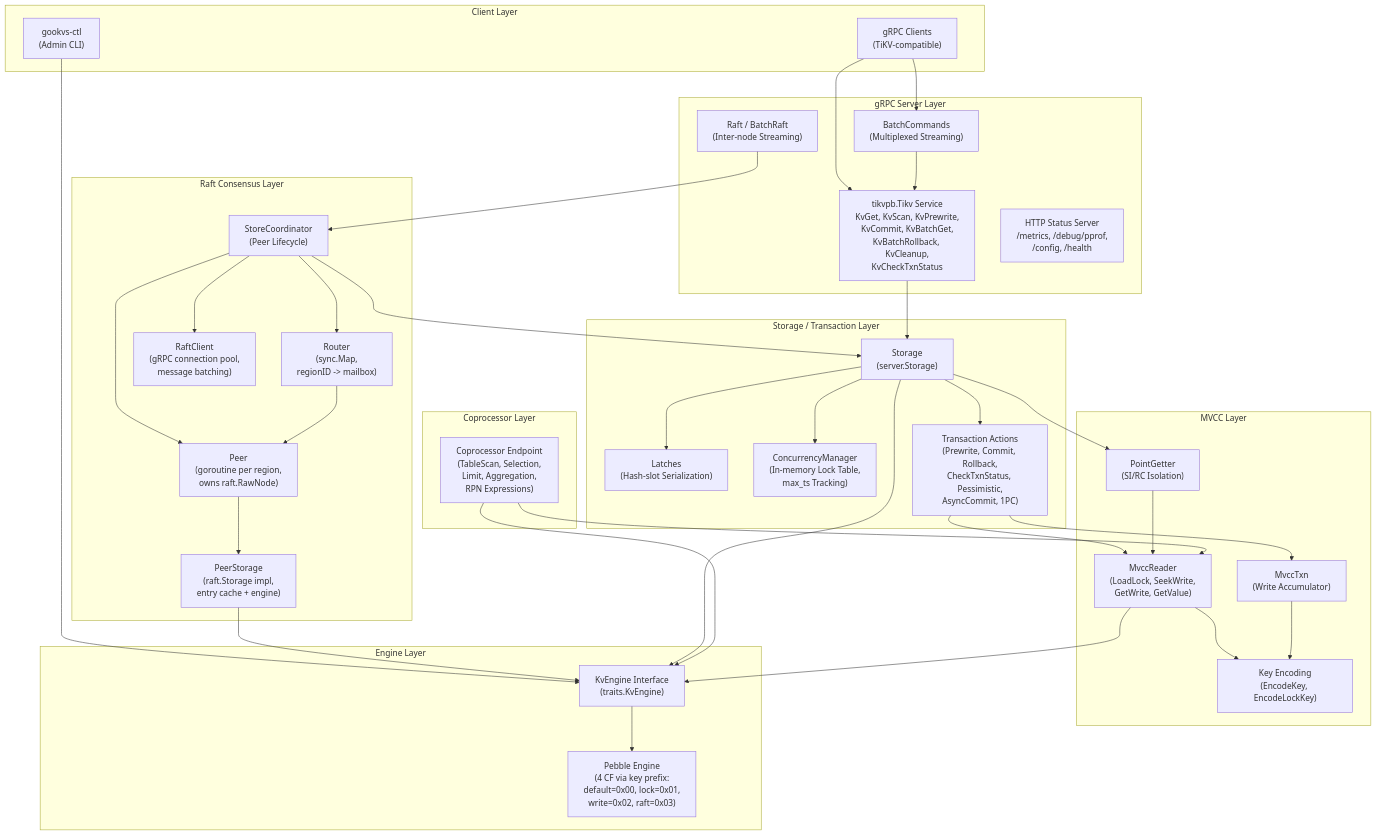
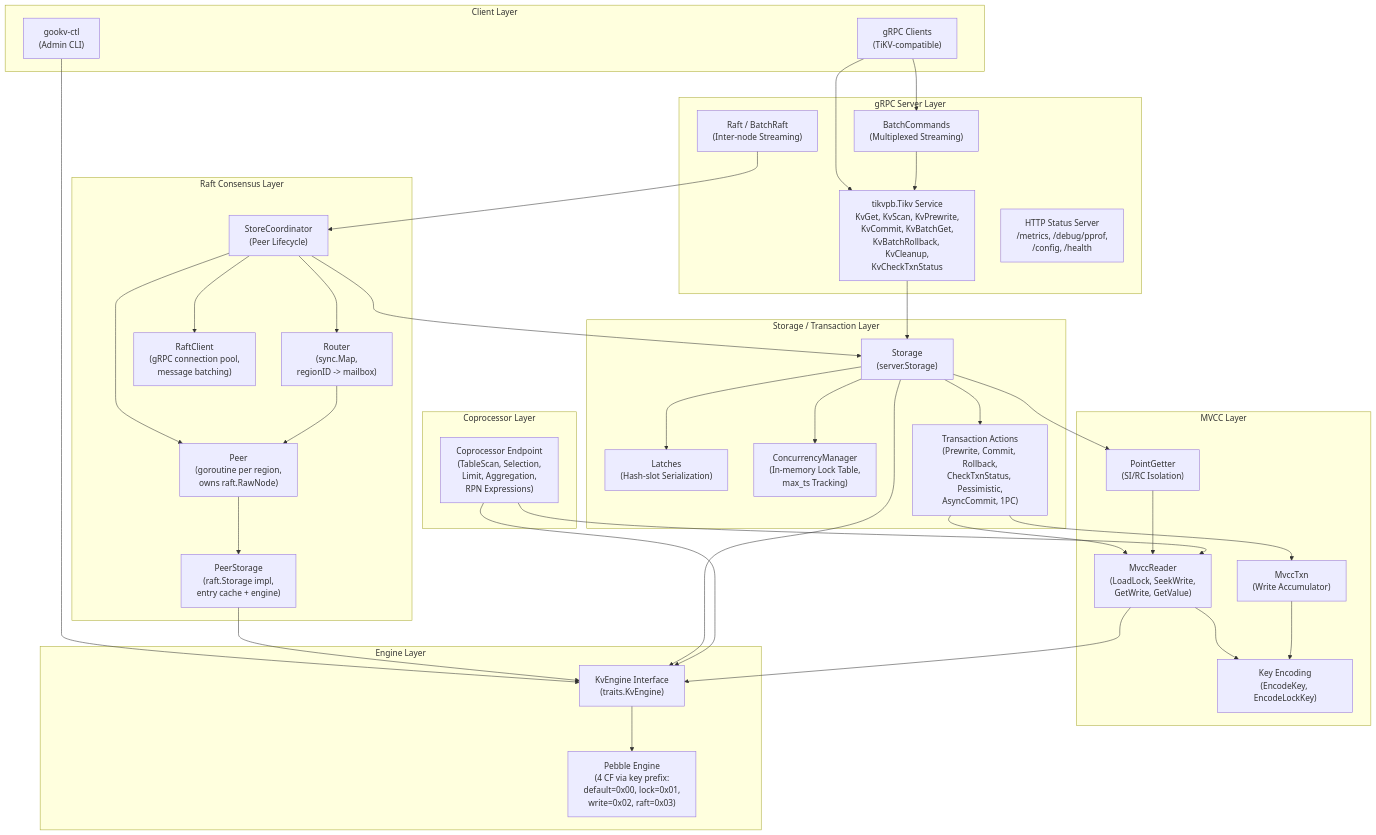
One commit to ryogrid/gookv changed the first of 2 diagrams in impl_doc_0318/00_overview.md. Above: the diagram before and after it, drawn with Mermaid. The commit also changed other lines of this file and 126 other files, not shown here.

Commit message:
rename gookvs to gookv

````diff
--- a/impl_doc_0318/00_overview.md
+++ b/impl_doc_0318/00_overview.md
@@ -72,7 +72,7 @@
 ```mermaid
 graph TB
     subgraph "Client Layer"
-        CLI["gookvs-ctl<br/>(Admin CLI)"]
+        CLI["gookv-ctl<br/>(Admin CLI)"]
         GRPC_CLIENT["gRPC Clients<br/>(TiKV-compatible)"]
     end
 
````
